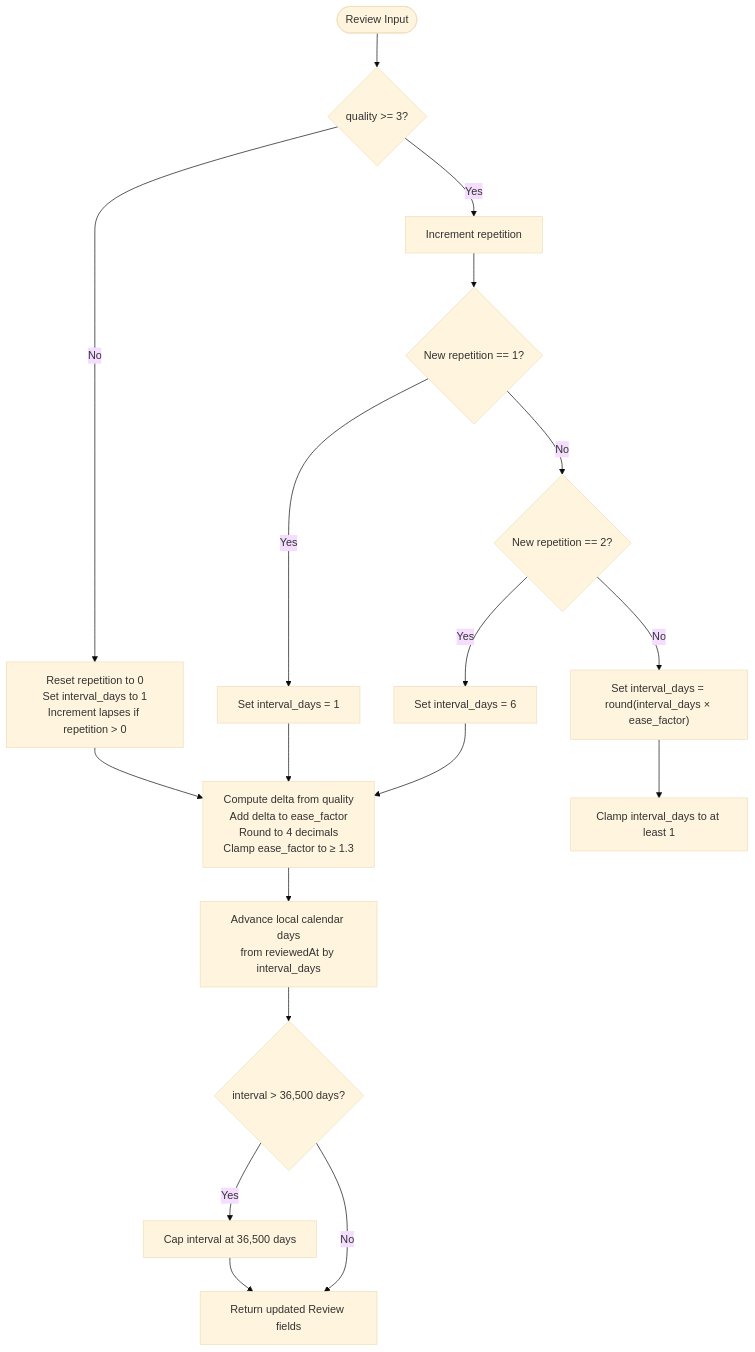
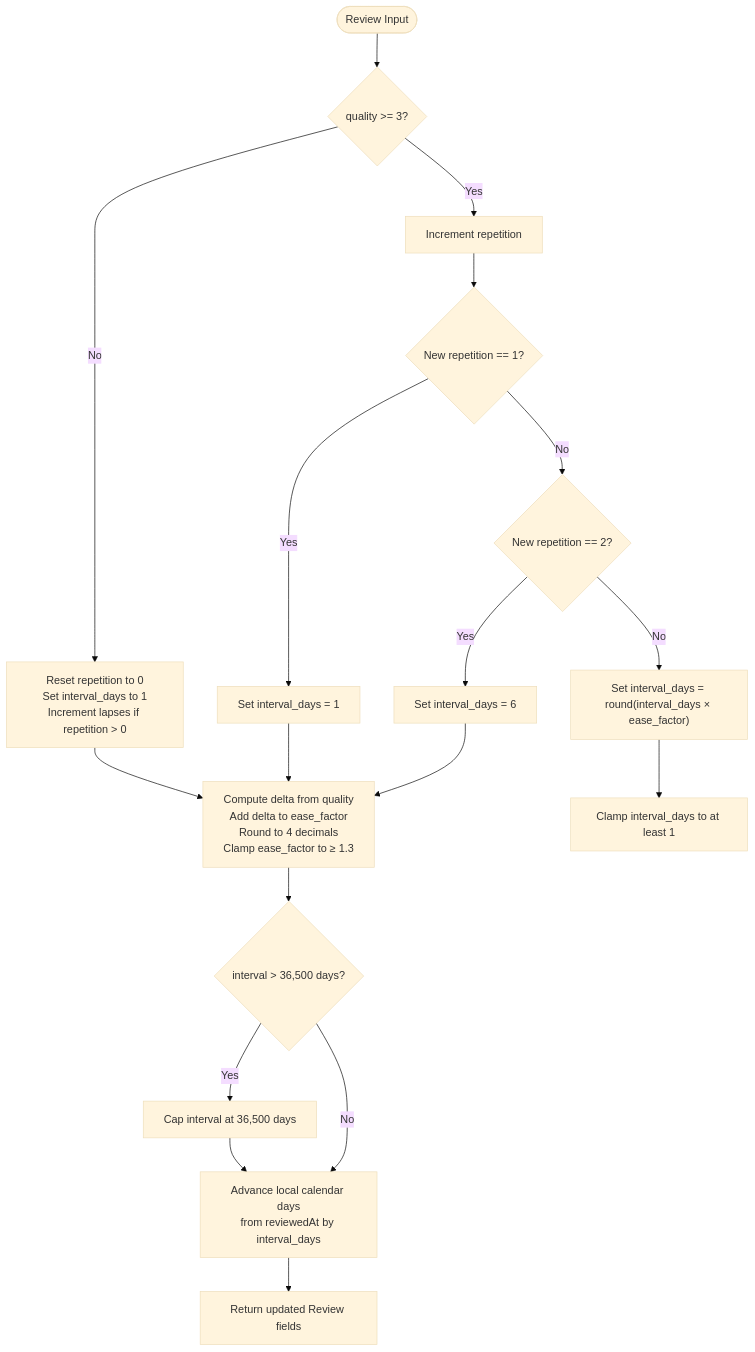
The third of 8 diagrams in Data Models and Types/Review Model (SM-2 Scheduling).md (Kuldeep2822k/palee-architecture), drawn with Mermaid (base theme) before and after one commit. The commit also changed other lines of this file and 7 other files, not shown here.

````diff
--- a/Data Models and Types/Review Model (SM-2 Scheduling).md
+++ b/Data Models and Types/Review Model (SM-2 Scheduling).md
@@ -143,21 +141,21 @@
 ```mermaid
 flowchart TD
   Start(["Review Input"]) --> CheckQuality{"quality >= 3?"}
   CheckQuality -->|No| FailBranch["Reset repetition to 0<br/>Set interval_days to 1<br/>Increment lapses if repetition > 0"]
   CheckQuality -->|Yes| SuccessBranch["Increment repetition"]
   SuccessBranch --> RepCheck{"New repetition == 1?"}
   RepCheck -->|Yes| SetOne["Set interval_days = 1"]
   RepCheck -->|No| RepTwo{"New repetition == 2?"}
   RepTwo -->|Yes| SetSix["Set interval_days = 6"]
   RepTwo -->|No| Scale["Set interval_days = round(interval_days × ease_factor)"]
   Scale --> MinInterval["Clamp interval_days to at least 1"]
   SetOne --> EaseFactor
   SetSix --> EaseFactor
   FailBranch --> EaseFactor
   EaseFactor["Compute delta from quality<br/>Add delta to ease_factor<br/>Round to 4 decimals<br/>Clamp ease_factor to ≥ 1.3"]
-  EaseFactor --> ComputeDue["Advance local calendar days<br/>from reviewedAt by interval_days"]
-  ComputeDue --> CapCheck{"interval > 36,500 days?"}
+  EaseFactor --> CapCheck{"interval > 36,500 days?"}
   CapCheck -->|Yes| Cap["Cap interval at 36,500 days"]
-  CapCheck -->|No| ReturnState["Return updated Review fields"]
-  Cap --> ReturnState
+  CapCheck -->|No| ComputeDue["Advance local calendar days<br/>from reviewedAt by interval_days"]
+  Cap --> ComputeDue
+  ComputeDue --> ReturnState["Return updated Review fields"]
 ```
````
